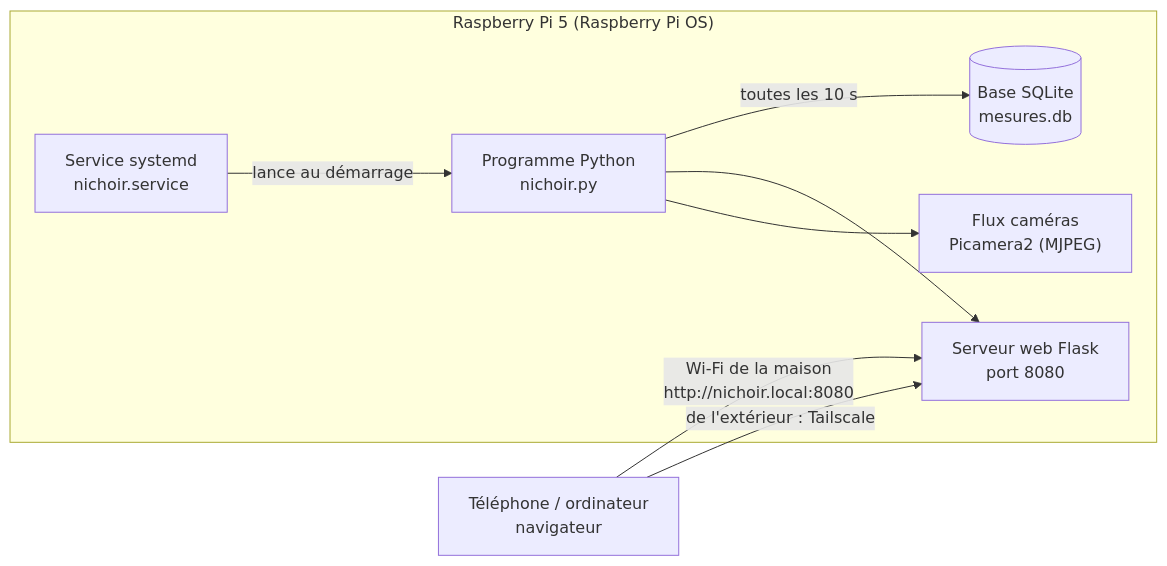
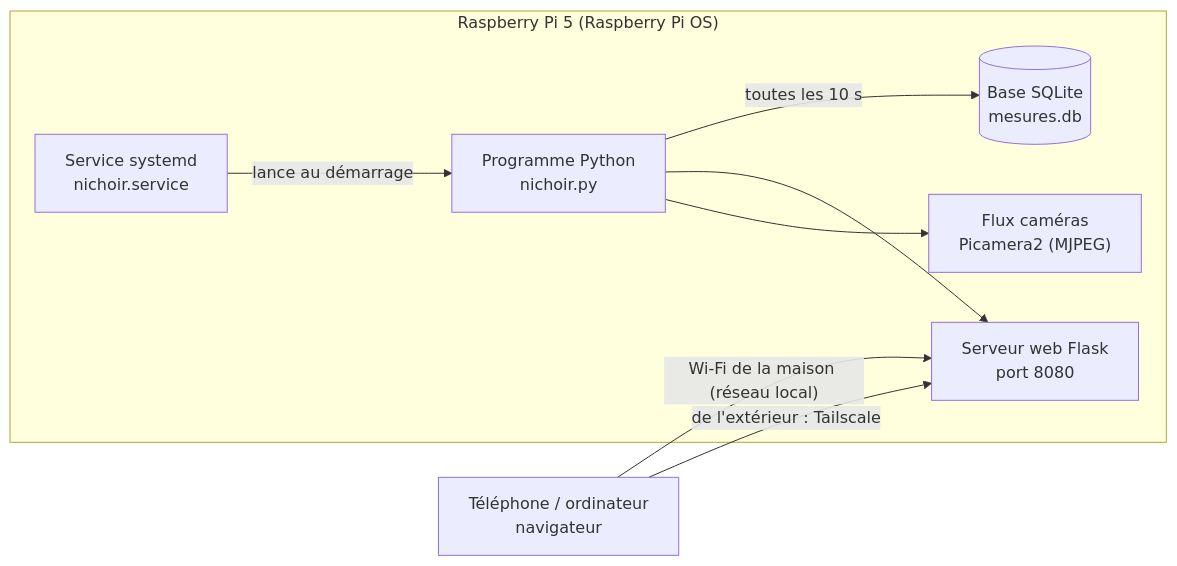
One commit to mathieujullien77190/birds changed the diagram in docs/logiciel.md. Above: the diagram before and after it, drawn with Mermaid. The commit also changed other lines of this file and 1 other file, not shown here.

Commit message:
docs: local access only, no nichoir.local name

````diff
--- a/docs/logiciel.md
+++ b/docs/logiciel.md
@@ -9,17 +9,17 @@
 ```mermaid
 flowchart LR
   subgraph PI["Raspberry Pi 5 (Raspberry Pi OS)"]
     SVC["Service systemd<br/>nichoir.service"]
     APP["Programme Python<br/>nichoir.py"]
     DB[("Base SQLite<br/>mesures.db")]
     WEB["Serveur web Flask<br/>port 8080"]
     CAM["Flux caméras<br/>Picamera2 (MJPEG)"]
   end
   TEL["Téléphone / ordinateur<br/>navigateur"]
   SVC -->|"lance au démarrage"| APP
   APP -->|"toutes les 10 s"| DB
   APP --> WEB
   APP --> CAM
-  TEL -->|"Wi-Fi de la maison<br/>http://nichoir.local:8080"| WEB
+  TEL -->|"Wi-Fi de la maison (réseau local)"| WEB
   TEL -->|"de l'extérieur : Tailscale"| WEB
 ```
````
